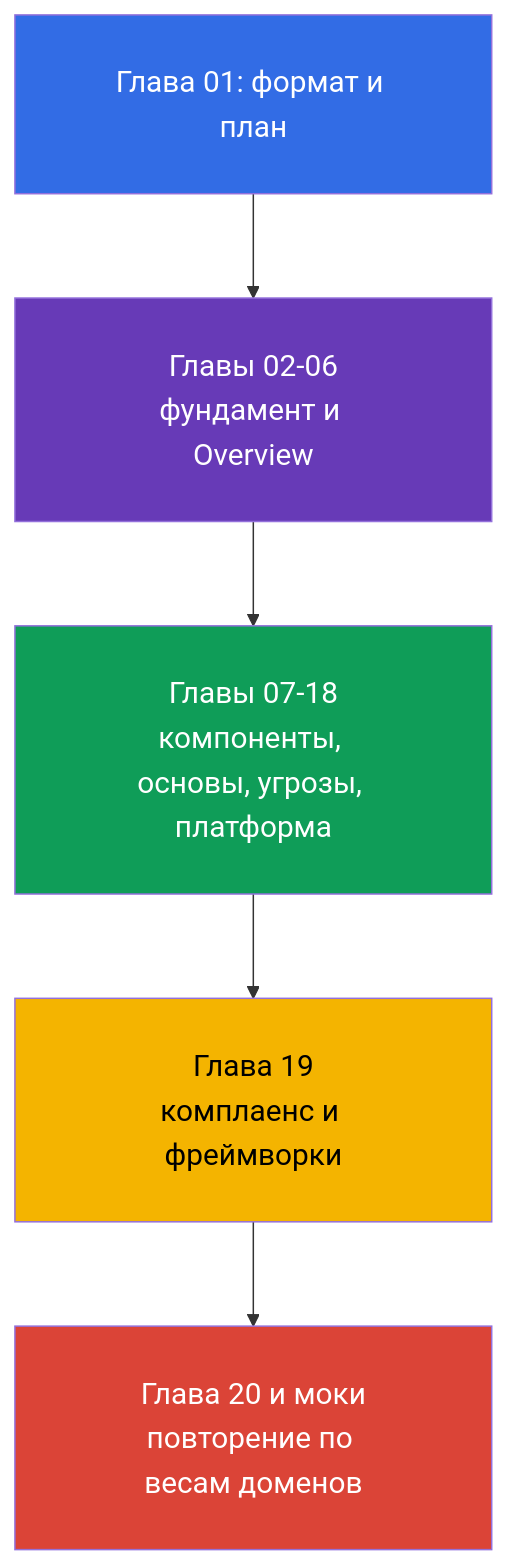
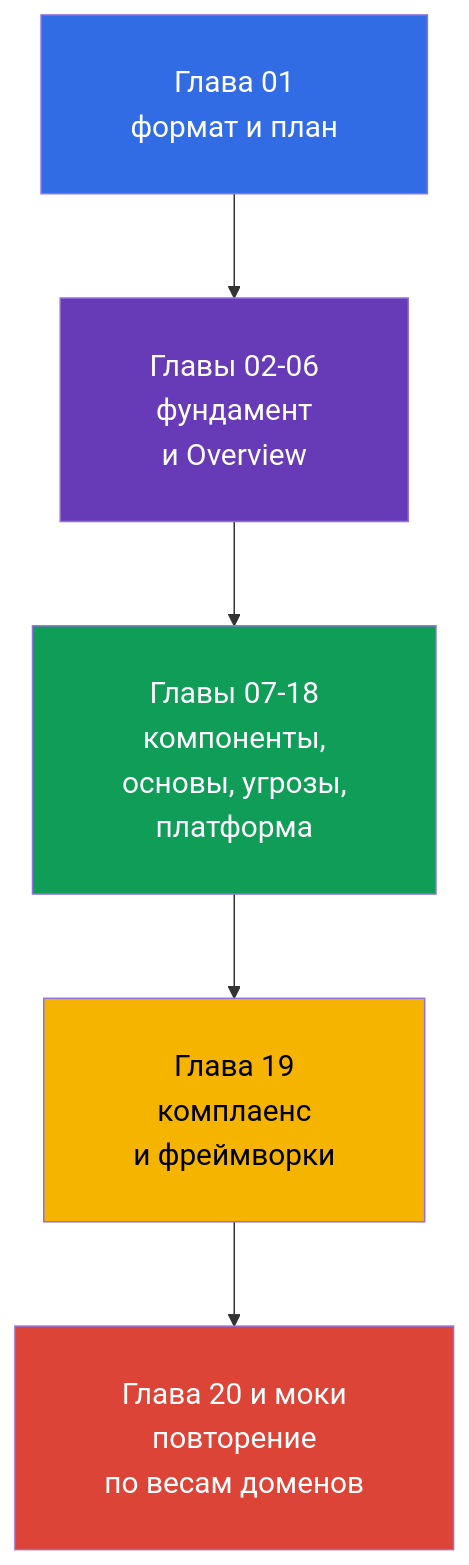
One commit to ViktorUJ/cks changed the second of 2 diagrams in tasks/kcsa/course/01/ru.md. Above: the diagram before and after it, drawn with Mermaid. The commit also changed other lines of this file and 19 other files, not shown here.

````diff
--- a/tasks/kcsa/course/01/ru.md
+++ b/tasks/kcsa/course/01/ru.md
@@ -74,13 +74,13 @@
 ```mermaid
 %%{init: {"themeVariables": {"fontSize": "20px"}, "flowchart": {"nodeSpacing": 65, "rankSpacing": 70, "padding": 30}} }%%
 flowchart TB
-    start["Глава 01: формат и план"] --> foundation["Главы 02-06<br/>фундамент и Overview"]
-    foundation --> core["Главы 07-18<br/>компоненты, основы, угрозы, платформа"]
-    core --> frameworks["Глава 19<br/>комплаенс и фреймворки"]
-    frameworks --> exam["Глава 20 и моки<br/>повторение по весам доменов"]
+    start["Глава 01<br/>формат и план"] --> foundation["Главы 02-06<br/>фундамент<br/>и Overview"]
+    foundation --> core["Главы 07-18<br/>компоненты,<br/>основы, угрозы,<br/>платформа"]
+    core --> frameworks["Глава 19<br/>комплаенс<br/>и фреймворки"]
+    frameworks --> exam["Глава 20 и моки<br/>повторение<br/>по весам доменов"]
     style start fill:#326ce5,color:#fff
     style foundation fill:#673ab7,color:#fff
     style core fill:#0f9d58,color:#fff
     style frameworks fill:#f4b400,color:#000
     style exam fill:#db4437,color:#fff
 ```
````
